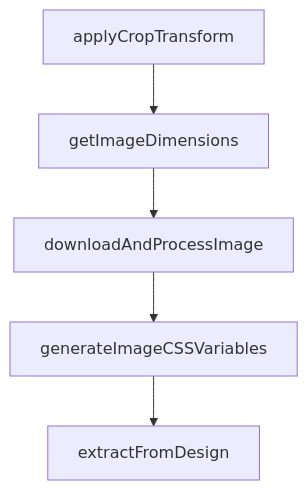
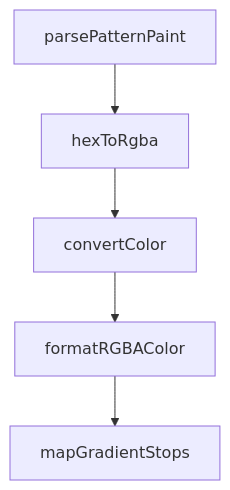
One commit to johnxie/awesome-code-docs changed the diagram in tutorials/figma-context-mcp-tutorial/05-mcp-client-integrations.md. Above: the diagram before and after it, drawn with Mermaid. The commit also changed other lines of this file and 1232 other files, not shown here.

````diff
--- a/tutorials/figma-context-mcp-tutorial/05-mcp-client-integrations.md
+++ b/tutorials/figma-context-mcp-tutorial/05-mcp-client-integrations.md
@@ -199,12 +198,12 @@
 ```mermaid
 flowchart TD
-    A[applyCropTransform]
-    B[getImageDimensions]
-    C[downloadAndProcessImage]
-    D[generateImageCSSVariables]
-    E[extractFromDesign]
+    A[parsePatternPaint]
+    B[hexToRgba]
+    C[convertColor]
+    D[formatRGBAColor]
+    E[mapGradientStops]
     A --> B
     B --> C
     C --> D
     D --> E
 ```
````
